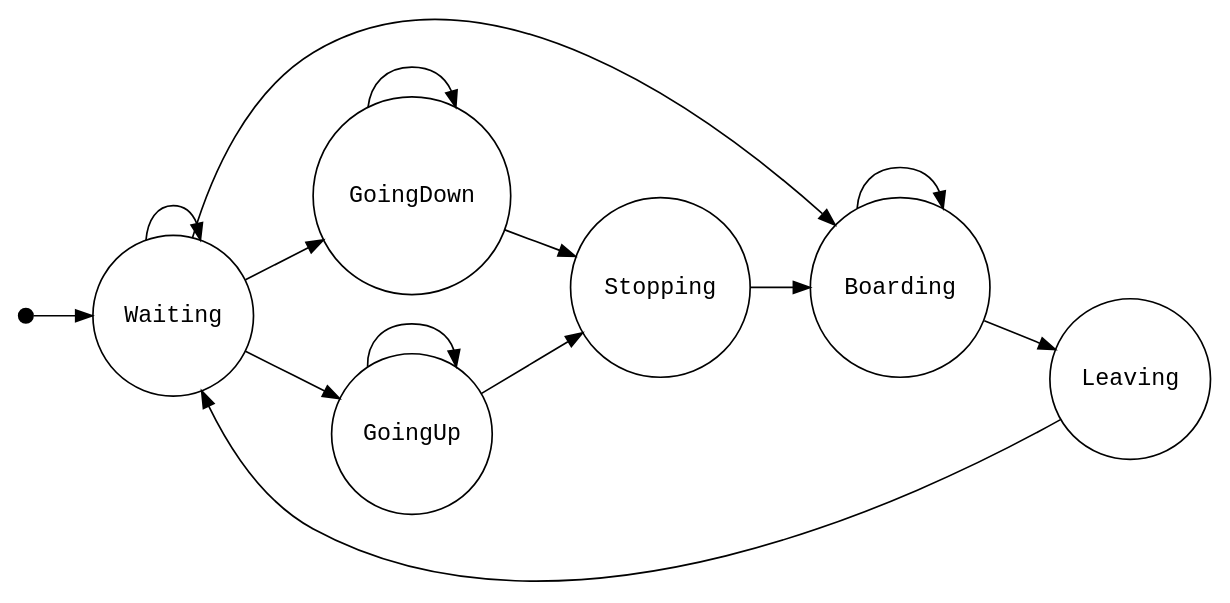
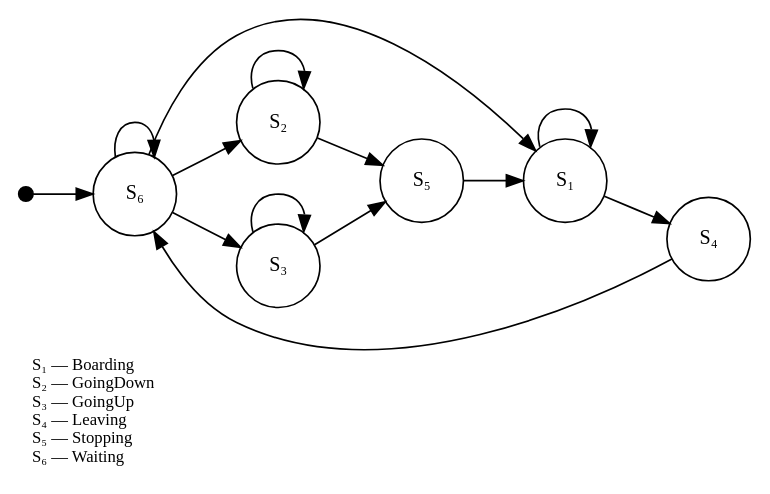
Before and after one commit to Pastor/Takt: the diagram in book/src/17-showcase/images/lift-kripke.dot, drawn with Graphviz. The commit also changed 14 other files, not shown here.

```diff
--- a/book/src/17-showcase/images/lift-kripke.dot
+++ b/book/src/17-showcase/images/lift-kripke.dot
@@ -1,25 +1,30 @@
 digraph Kripke {
   rankdir=LR;
-  node [shape=circle, fontname="monospace"];
-  edge [fontname="monospace"];
+  fontname="GOST 2.304-81";
+  fontsize=10;
+  node [shape=circle, fixedsize=true, width=0.7, height=0.7, fontsize=12, fontname="GOST 2.304-81"];
+  edge [fontname="GOST 2.304-81"];
   __start [shape=point, width=0.12];
   __start -> k5;
-  k0 [label="Boarding"];
-  k1 [label="GoingDown"];
-  k2 [label="GoingUp"];
-  k3 [label="Leaving"];
-  k4 [label="Stopping"];
-  k5 [label="Waiting"];
+  k0 [label="S₁"];
+  k1 [label="S₂"];
+  k2 [label="S₃"];
+  k3 [label="S₄"];
+  k4 [label="S₅"];
+  k5 [label="S₆"];
   k0 -> k0;
   k0 -> k3;
   k1 -> k1;
   k1 -> k4;
   k2 -> k2;
   k2 -> k4;
   k3 -> k5;
   k4 -> k0;
   k5 -> k0;
   k5 -> k1;
   k5 -> k2;
   k5 -> k5;
+  label="S₁ — Boarding\lS₂ — GoingDown\lS₃ — GoingUp\lS₄ — Leaving\lS₅ — Stopping\lS₆ — Waiting\l";
+  labelloc="b";
+  labeljust="l";
 }
```
